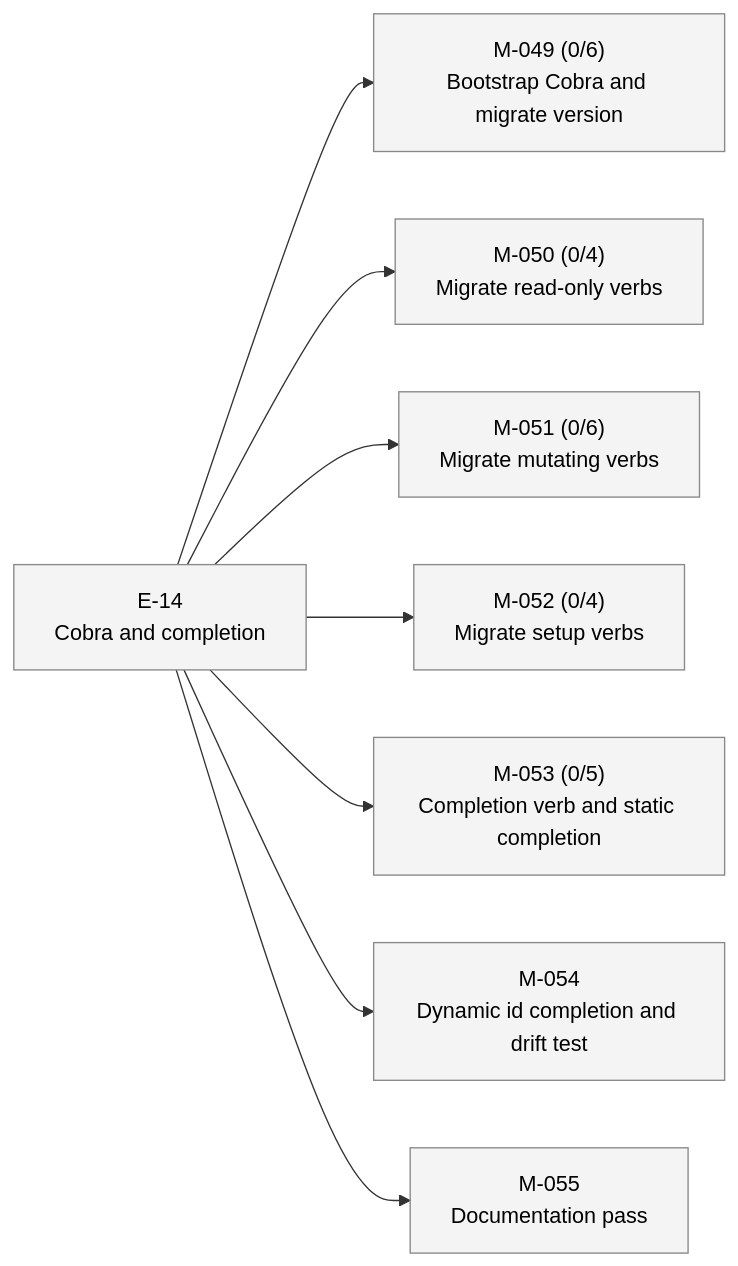
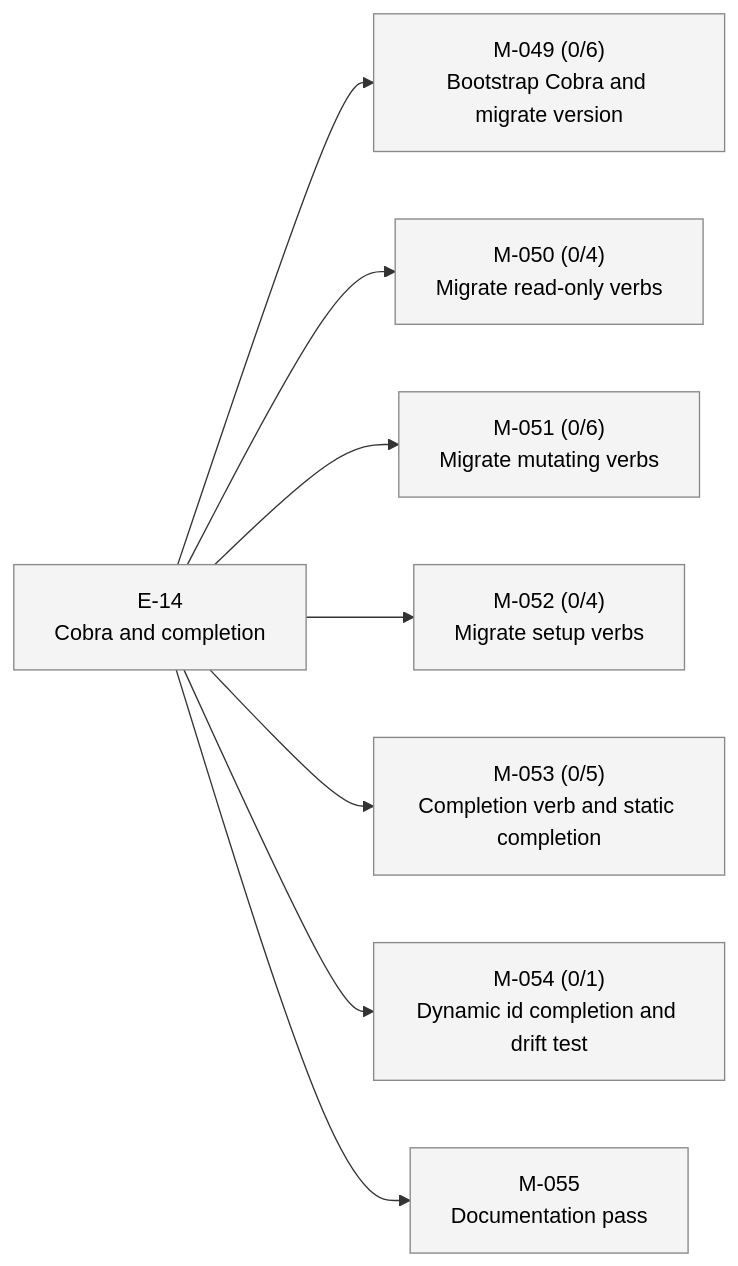
Before and after one commit to 23min/aiwf: the second of 2 diagrams in STATUS.md, drawn with Mermaid. The commit also changed other lines of this file and 1 other file, not shown here.

````diff
--- a/STATUS.md
+++ b/STATUS.md
@@ -38,24 +38,24 @@
 ```mermaid
 flowchart LR
   E_14["E-14<br/>Cobra and completion"]:::epic_proposed
   M_049["M-049 (0/6)<br/>Bootstrap Cobra and migrate version"]:::ms_draft
   E_14 --> M_049
   M_050["M-050 (0/4)<br/>Migrate read-only verbs"]:::ms_draft
   E_14 --> M_050
   M_051["M-051 (0/6)<br/>Migrate mutating verbs"]:::ms_draft
   E_14 --> M_051
   M_052["M-052 (0/4)<br/>Migrate setup verbs"]:::ms_draft
   E_14 --> M_052
   M_053["M-053 (0/5)<br/>Completion verb and static completion"]:::ms_draft
   E_14 --> M_053
-  M_054["M-054<br/>Dynamic id completion and drift test"]:::ms_draft
+  M_054["M-054 (0/1)<br/>Dynamic id completion and drift test"]:::ms_draft
   E_14 --> M_054
   M_055["M-055<br/>Documentation pass"]:::ms_draft
   E_14 --> M_055
   classDef epic_active fill:#d6eaff,stroke:#1a73e8,color:#000
   classDef epic_proposed fill:#f4f4f4,stroke:#888,color:#000
   classDef ms_done fill:#d8f5d8,stroke:#2a8a2a,color:#000
   classDef ms_in_progress fill:#fff3c4,stroke:#caa400,color:#000
   classDef ms_draft fill:#f4f4f4,stroke:#888,color:#000
   classDef ms_cancelled fill:#fbeaea,stroke:#c33,color:#000
 ```
````
